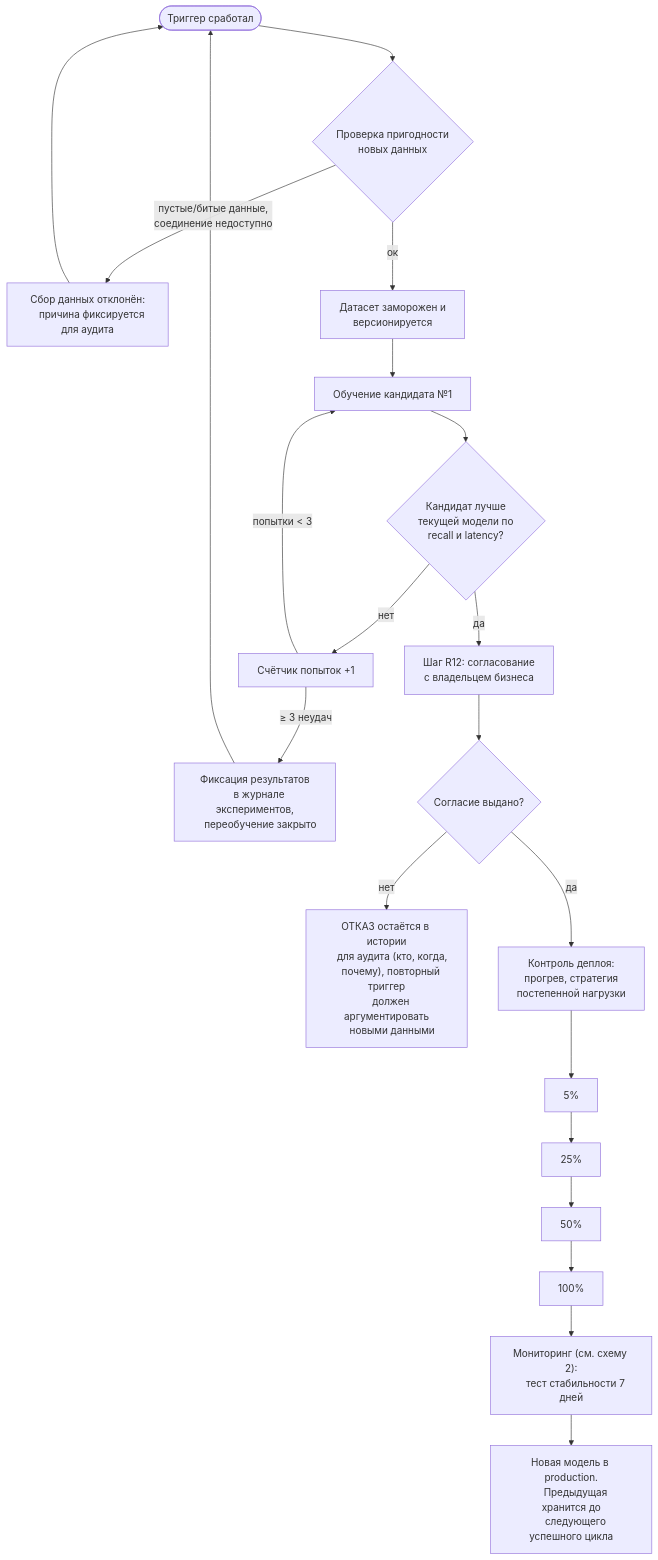
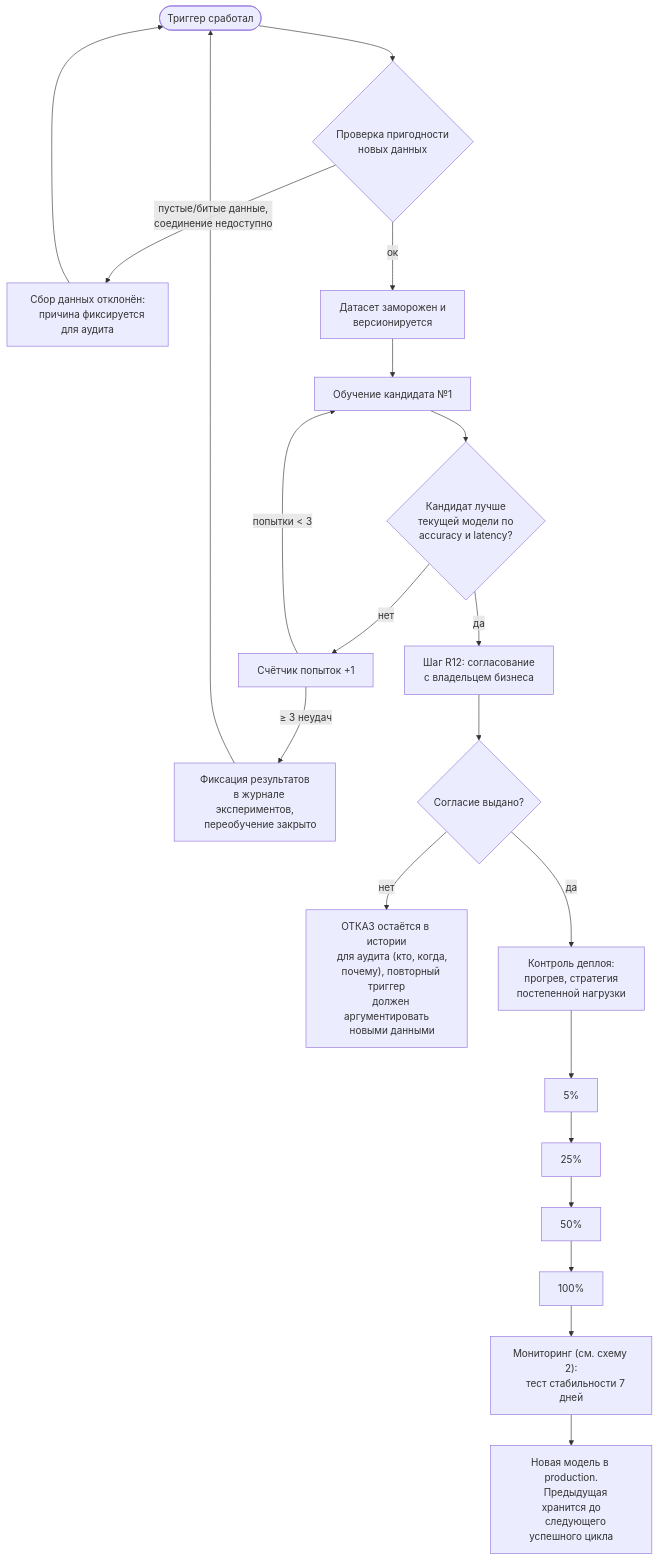
Before and after one commit to AnnaKuznetsova-dotcom/video_app_a_production: the third of 3 diagrams in docs/model_lifecycle.md, drawn with Mermaid. The commit also changed other lines of this file and 60 other files, not shown here.

````diff
--- a/docs/model_lifecycle.md
+++ b/docs/model_lifecycle.md
@@ -102,38 +103,38 @@
 ```mermaid
 flowchart TB
     T(["Триггер сработал"]) --> D1{"Проверка пригодности
     новых данных"}
     D1 -- "пустые/битые данные,
     соединение недоступно" --> DK["Сбор данных отклонён:
     причина фиксируется для аудита"]
     DK --> T
     D1 -- ок --> D2["Датасет заморожен и
     версионируется"]
     D2 --> R1["Обучение кандидата №1"]
     R1 --> CMP{"Кандидат лучше
     текущей модели по
-    recall и latency?"}
+    accuracy и latency?"}
     CMP -- нет --> CNT["Счётчик попыток +1"]
     CNT -- "попытки < 3" --> R1
     CNT -- "≥ 3 неудач" --> FAIL["Фиксация результатов
     в журнале экспериментов,
     переобучение закрыто"]
     FAIL --> T
     CMP -- да --> R12["Шаг R12: согласование
     с владельцем бизнеса"]
     R12 --> VET{"Согласие выдано?"}
     VET -- нет --> REJ["ОТКАЗ остаётся в истории
     для аудита (кто, когда,
     почему), повторный триггер
     должен аргументировать
     новыми данными"]
     VET -- да --> DEP["Контроль деплоя:
     прогрев, стратегия
     постепенной нагрузки"]
     DEP --> T1["5%"] --> T5["25%"] --> T10["50%"] --> T11["100%"]
     T11 --> MON["Мониторинг (см. схему 2):
     тест стабильности 7 дней"]
     MON --> FIN["Новая модель в production.
     Предыдущая хранится до
     следующего успешного цикла"]
 ```
````
